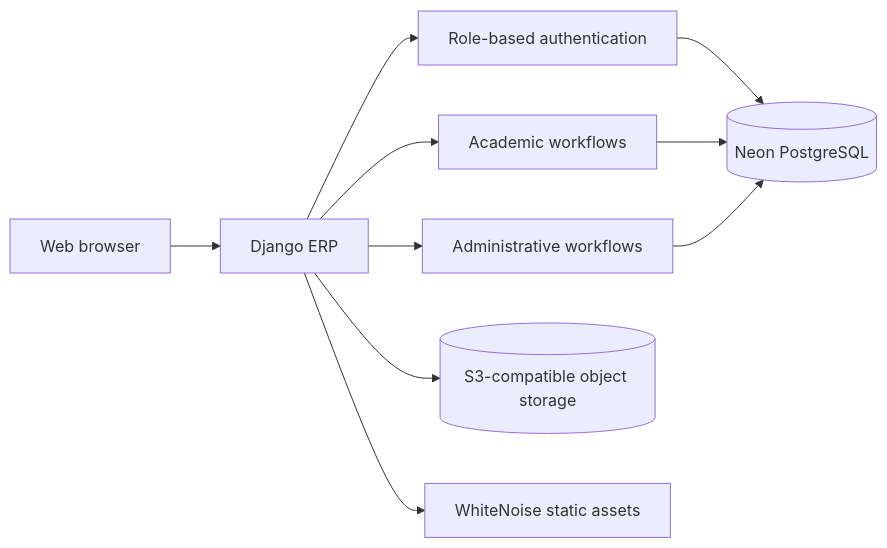
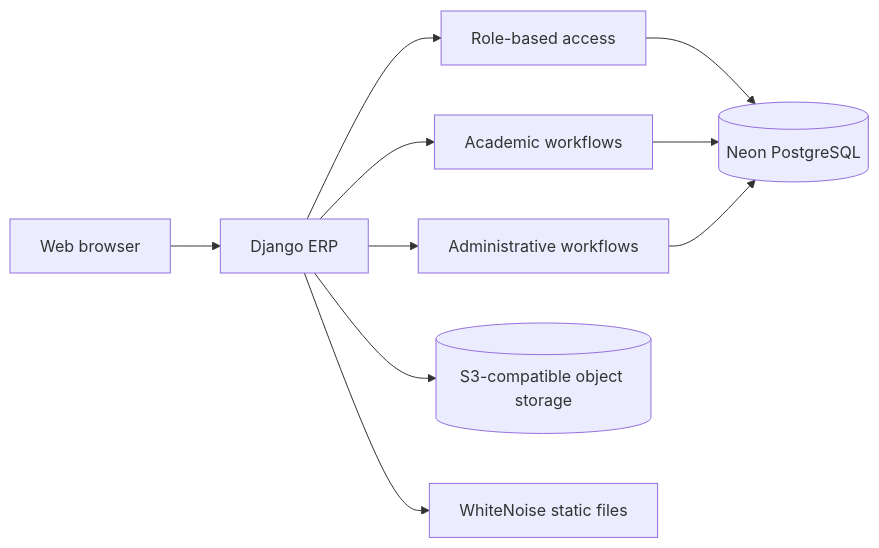
Before and after one commit to Rohitnag2004/College-ERP-System: the diagram in README.md, drawn with Mermaid. The commit also changed other lines of this file and 3 other files, not shown here.

````diff
--- a/README.md
+++ b/README.md
@@ -86,12 +76,12 @@
 ```mermaid
 flowchart LR
-    Browser[Web browser] --> App[Django ERP]
-    App --> Auth[Role-based authentication]
-    App --> Academic[Academic workflows]
-    App --> Admin[Administrative workflows]
+    Browser[Web browser] --> Django[Django ERP]
+    Django --> Auth[Role-based access]
+    Django --> Academic[Academic workflows]
+    Django --> Admin[Administrative workflows]
     Auth --> DB[(Neon PostgreSQL)]
     Academic --> DB
     Admin --> DB
-    App --> Media[(S3-compatible object storage)]
-    App --> Static[WhiteNoise static assets]
+    Django --> Files[(S3-compatible object storage)]
+    Django --> Static[WhiteNoise static files]
 ```
````
